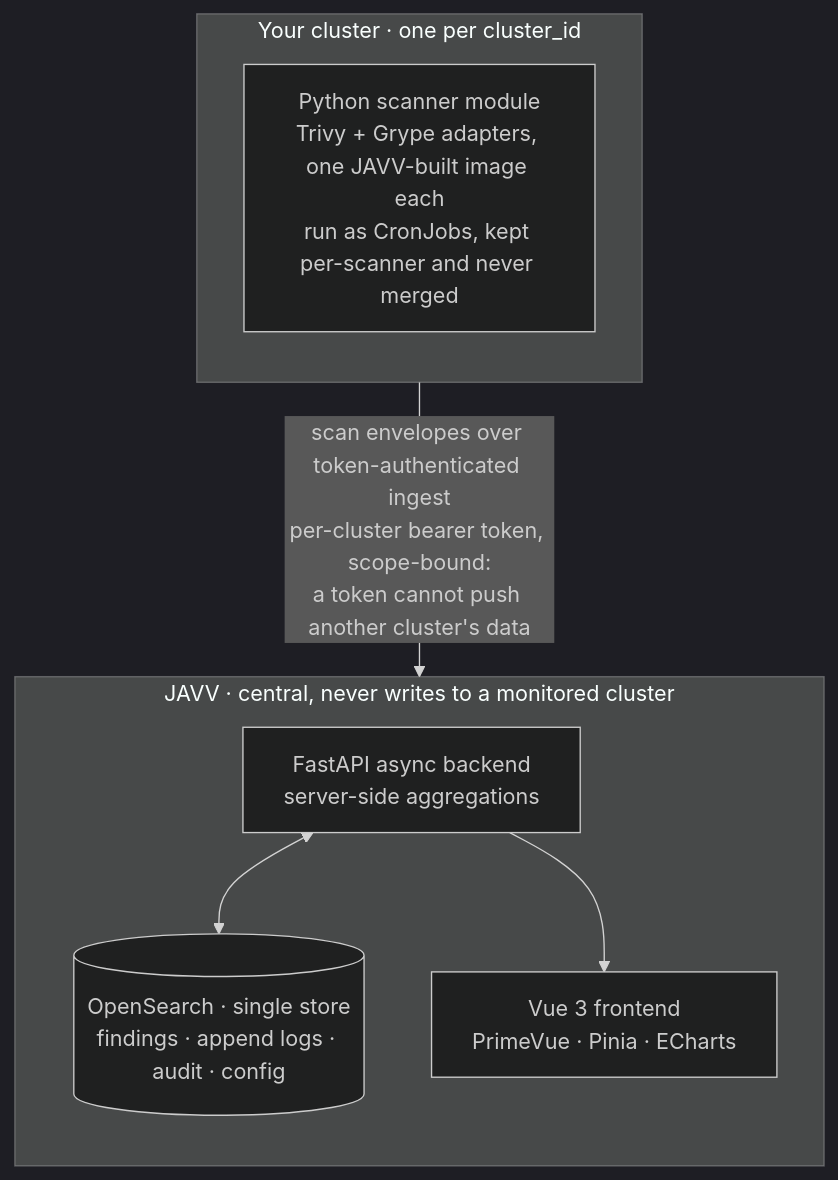
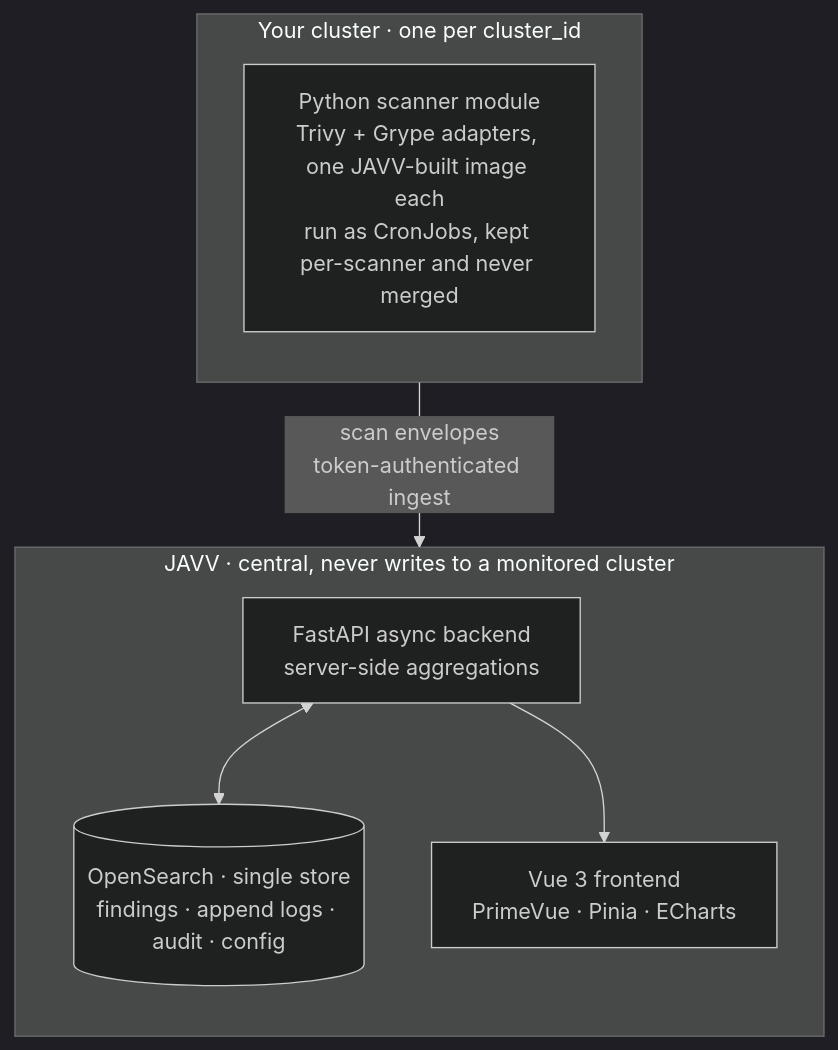
Before and after one commit to Danube-Labs/javv-poc: the diagram in README.md, drawn with Mermaid (dark theme). The commit also changed other lines of this file, not shown here.

Commit message:
docs: tighten the architecture diagram's ingest edge label

````diff
--- a/README.md
+++ b/README.md
@@ -86,18 +86,18 @@
 ```mermaid
 flowchart TB
     subgraph CLUSTER["Your cluster · one per cluster_id"]
         direction TB
         SCAN["Python scanner module<br/>Trivy + Grype adapters, one JAVV-built image each<br/>run as CronJobs, kept per-scanner and never merged"]
     end
 
     subgraph JAVV["JAVV · central, never writes to a monitored cluster"]
         direction TB
         API["FastAPI async backend<br/>server-side aggregations"]
         STORE[("OpenSearch · single store<br/>findings · append logs · audit · config")]
         UI["Vue 3 frontend<br/>PrimeVue · Pinia · ECharts"]
         API <--> STORE
         API --> UI
     end
 
-    SCAN -->|"scan envelopes over token-authenticated ingest<br/>per-cluster bearer token, scope-bound:<br/>a token cannot push another cluster's data"| API
+    SCAN -->|"scan envelopes<br/>token-authenticated ingest"| API
 ```
````
